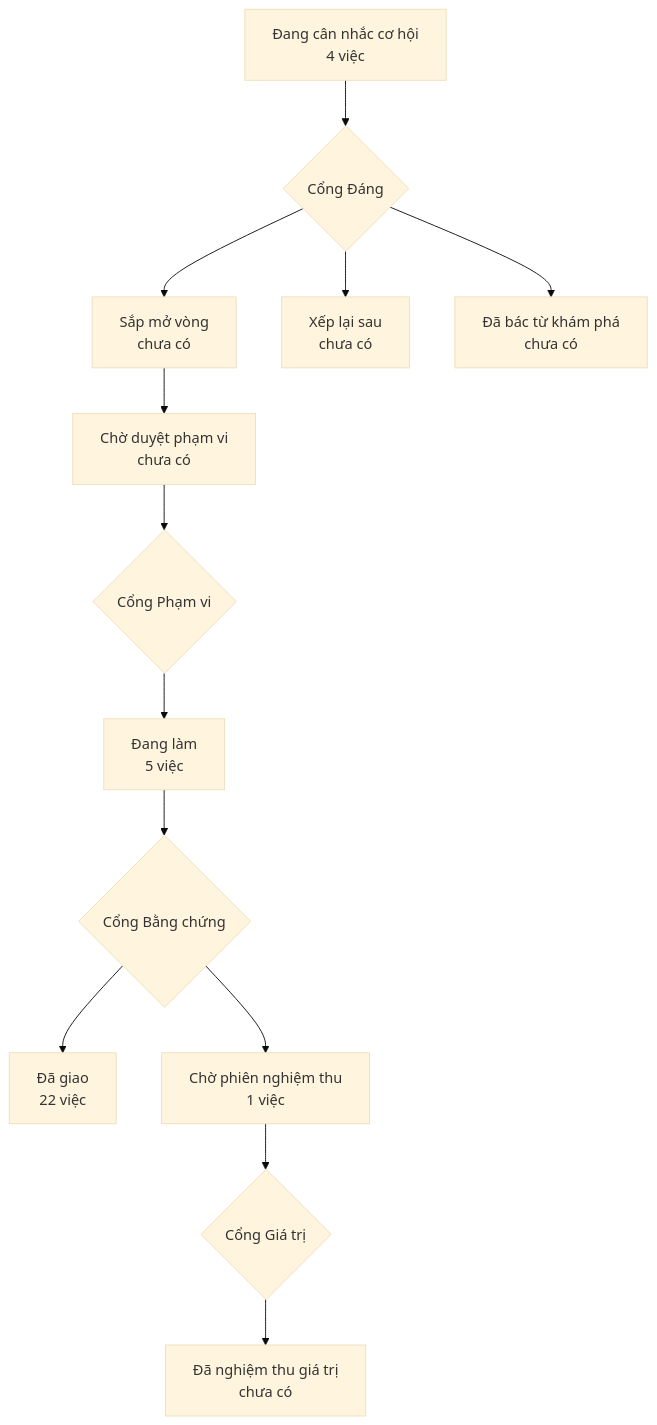
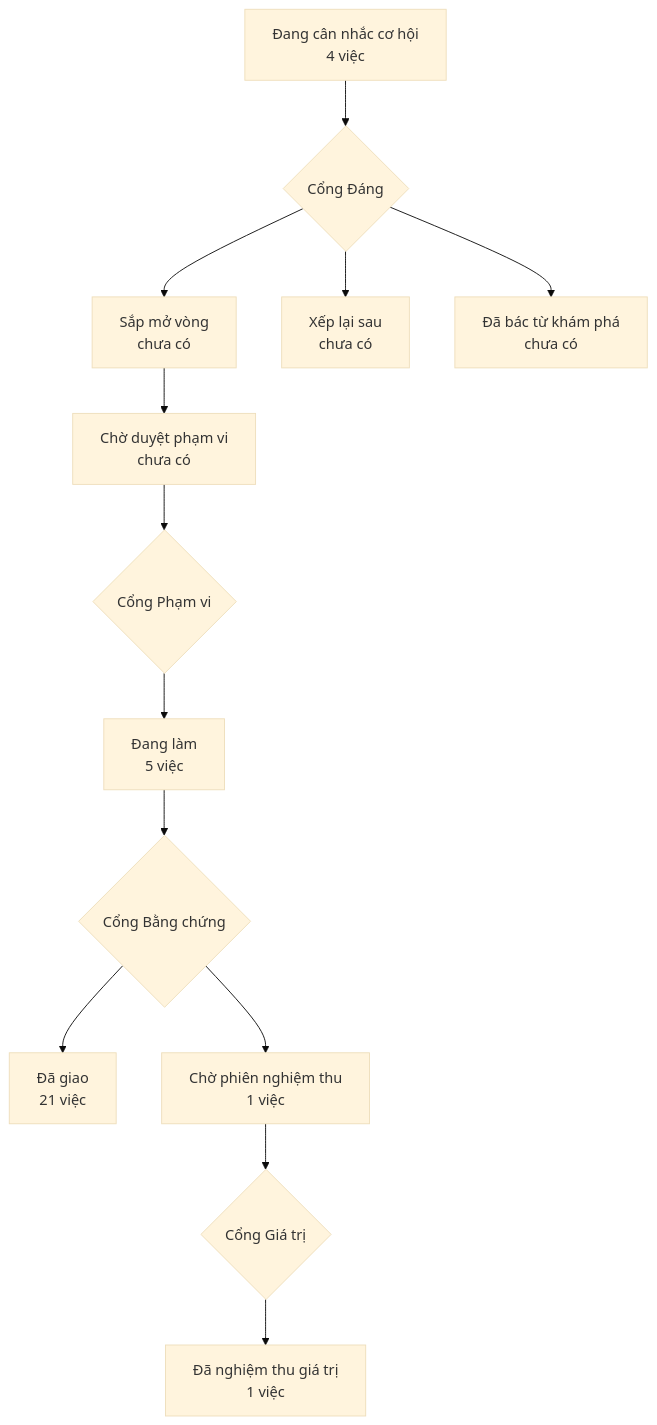
Before and after one commit to phanlemanh/crm-onehub: the diagram in PRODUCT-MAP.md, drawn with Mermaid (base theme). The commit also changed other lines of this file and 2 other files, not shown here.

First line of the commit message:
Cổng Giá trị: nang-tran-trang-danh-ba — release, Mạnh 09/09

````diff
--- a/PRODUCT-MAP.md
+++ b/PRODUCT-MAP.md
@@ -6,12 +6,12 @@
 ```mermaid
 flowchart TD
   A["Đang cân nhắc cơ hội<br/>4 việc"] --> GD{"Cổng Đáng"}
   GD --> B["Sắp mở vòng<br/>chưa có"]
   GD --> XL["Xếp lại sau<br/>chưa có"]
   GD --> DB["Đã bác từ khám phá<br/>chưa có"]
   B --> CD["Chờ duyệt phạm vi<br/>chưa có"] --> GP{"Cổng Phạm vi"}
   GP --> DL["Đang làm<br/>5 việc"] --> GB{"Cổng Bằng chứng"}
-  GB --> DG["Đã giao<br/>22 việc"]
+  GB --> DG["Đã giao<br/>21 việc"]
   GB --> CN["Chờ phiên nghiệm thu<br/>1 việc"] --> GG{"Cổng Giá trị"}
-  GG --> NT["Đã nghiệm thu giá trị<br/>chưa có"]
+  GG --> NT["Đã nghiệm thu giá trị<br/>1 việc"]
 ```
````
